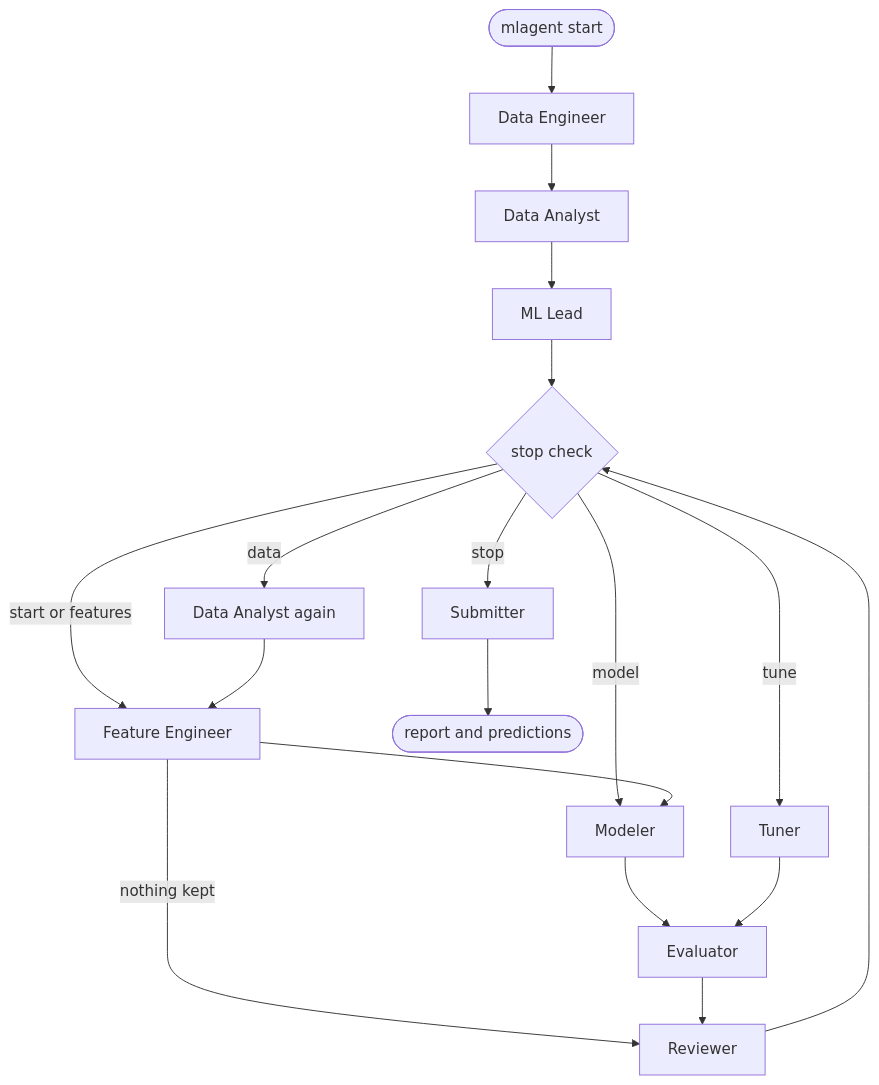
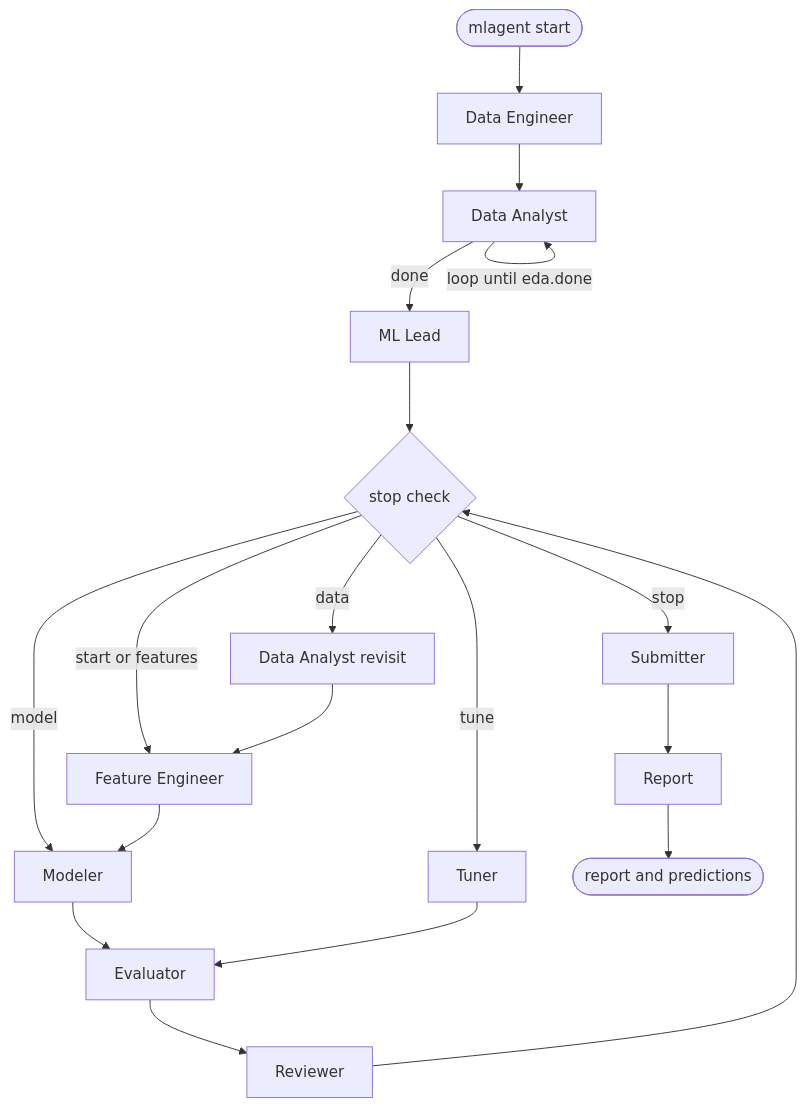
One commit to Gurumurthy30/mlagent changed the diagram in README.md. Above: the diagram before and after it, drawn with Mermaid. The commit also changed other lines of this file and 2 other files, not shown here.

Commit message:
Phase 5: Graph routing alignment and CLI final headline display

````diff
--- a/README.md
+++ b/README.md
@@ -172,15 +172,16 @@
 ```mermaid
 flowchart TD
-  A([mlagent start]) --> DE[Data Engineer] --> DA[Data Analyst] --> ML[ML Lead] --> SC{stop check}
+  A([mlagent start]) --> DE[Data Engineer] --> DA[Data Analyst]
+  DA -->|loop until eda.done| DA
+  DA -->|done| ML[ML Lead] --> SC{stop check}
   SC -->|start or features| FE[Feature Engineer]
   SC -->|model| M[Modeler]
   SC -->|tune| T[Tuner]
-  SC -->|data| DR[Data Analyst again]
+  SC -->|data| DR[Data Analyst revisit]
   FE --> M
-  FE -->|nothing kept| R
   DR --> FE
   M --> E[Evaluator]
   T --> E
   E --> R[Reviewer] --> SC
-  SC -->|stop| S[Submitter] --> Z([report and predictions])
+  SC -->|stop| S[Submitter] --> RP[Report] --> Z([report and predictions])
 ```
````
